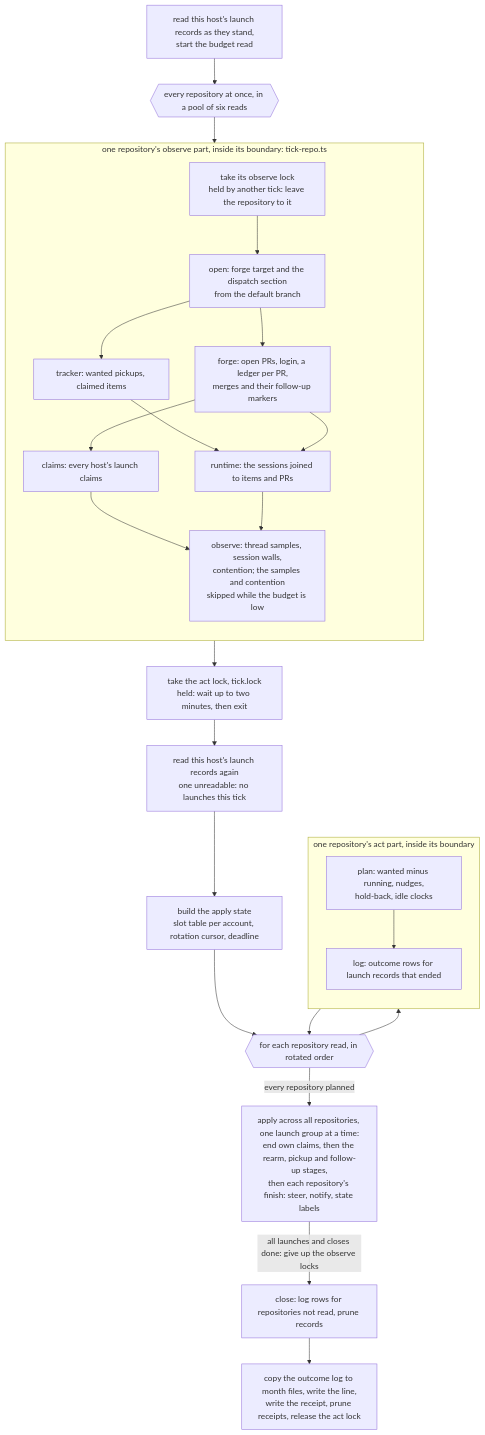
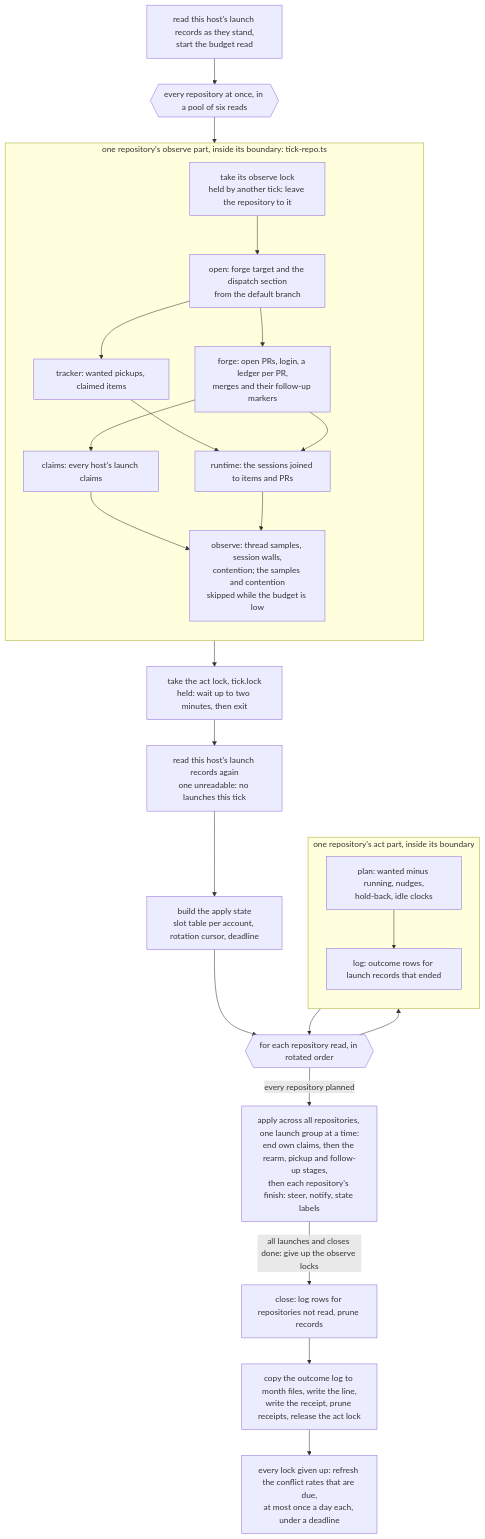
One commit to jig-harness/jig changed the second of 2 diagrams in design/dark-factory-dispatch.md. Above: the diagram before and after it, drawn with Mermaid. The commit also changed other lines of this file and 12 other files, not shown here.

First line of the commit message:
feat(dispatch): refresh the conflict rates daily after the act phase

````diff
--- a/design/dark-factory-dispatch.md
+++ b/design/dark-factory-dispatch.md
@@ -95,34 +99,35 @@
 ```mermaid
 flowchart TD
   S0[read this host's launch records as they stand,<br/>start the budget read] --> OBS{{every repository at once, in a pool of six reads}}
   subgraph repo [one repository's observe part, inside its boundary: tick-repo.ts]
     direction TB
     OL[take its observe lock<br/>held by another tick: leave the repository to it]
     O1[open: forge target and the dispatch section<br/>from the default branch]
     O2[tracker: wanted pickups, claimed items]
     O3[forge: open PRs, login, a ledger per PR,<br/>merges and their follow-up markers]
     O3b[claims: every host's launch claims]
     O4[runtime: the sessions joined to items and PRs]
     C[observe: thread samples, session walls,<br/>contention; the samples and contention<br/>skipped while the budget is low]
     OL --> O1 --> O2 & O3
     O3 --> O3b
     O2 & O3 --> O4
     O3b & O4 --> C
   end
   OBS --> repo
   repo --> AL[take the act lock, tick.lock<br/>held: wait up to two minutes, then exit]
   AL --> R[read this host's launch records again<br/>one unreadable: no launches this tick]
   R --> A[build the apply state<br/>slot table per account, rotation cursor, deadline]
   A --> LOOP{{for each repository read, in rotated order}}
   subgraph act [one repository's act part, inside its boundary]
     direction TB
     P[plan: wanted minus running, nudges,<br/>hold-back, idle clocks]
     G[log: outcome rows for launch records that ended]
     P --> G
   end
   LOOP --> act
   act --> LOOP
   LOOP -->|every repository planned| X[apply across all repositories, one launch group at a time:<br/>end own claims, then the rearm, pickup and follow-up stages,<br/>then each repository's finish: steer, notify, state labels]
   X -->|all launches and closes done: give up the observe locks| CL[close: log rows for repositories not read, prune records]
   CL --> E[copy the outcome log to month files, write the line,<br/>write the receipt, prune receipts, release the act lock]
+  E --> RR[every lock given up: refresh the conflict rates that are due,<br/>at most once a day each, under a deadline]
 ```
````
